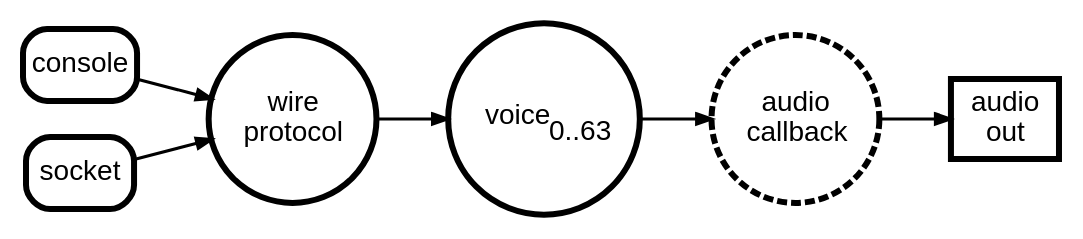
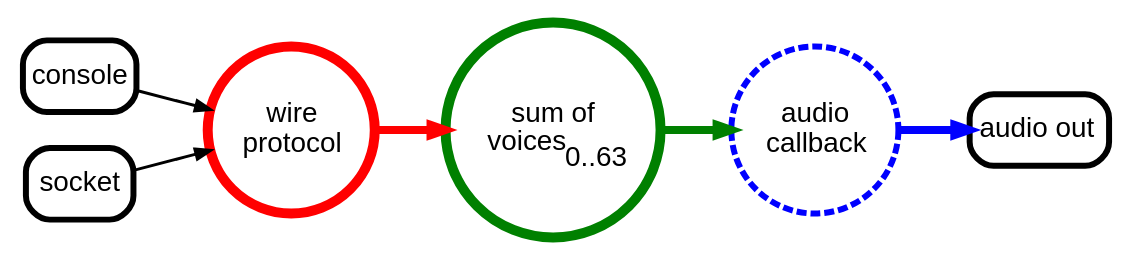
One commit to octetta/exsynthia changed the diagram in highlevel.md. Above: the diagram before and after it, drawn with Graphviz. The commit also changed 6 other files, not shown here.

Commit message:
Spruce up diagrams...

````diff
--- a/highlevel.md
+++ b/highlevel.md
@@ -3,27 +3,27 @@
 ```graphviz
 digraph g {
     rankdir=LR
     
     node [margin=0.07 fontname="Arial", fixedsize=false, penwidth=3]
     edge [penwidth=1.5; arrowsize=.75; minlen=1.99]
 
     console [shape=box, style=rounded]
     socket [shape=box, style=rounded]
 
-    wp [label=<wire<br/>protocol>, shape=circle]
+    wp [label=<wire<br/>protocol>, shape=circle, color=red, penwidth=5]
 
-    voice [label=<voice<sub>0..63</sub>>, shape=circle]
+    voice [label=<sum of<br/>voices<sub>0..63</sub>>, shape=circle, color=green, penwidth=5]
 
-    ma [label=<audio<br/>callback>, shape=circle, style=dashed]
+    ma [label=<audio<br/>callback>, shape=circle, style=dashed, color=blue]
 
-    out [label=<audio<br/>out>, shape=box]
+    out [label=<audio out >, shape=box, style=rounded]
 
     console -> wp
     socket -> wp
 
-    wp -> voice
+    wp -> voice [color=red, penwidth=4]
 
-    voice -> ma
-    ma -> out
+    voice -> ma [color=green, penwidth=4]
+    ma -> out [color=blue, penwidth=4]
 }
 ```
````
